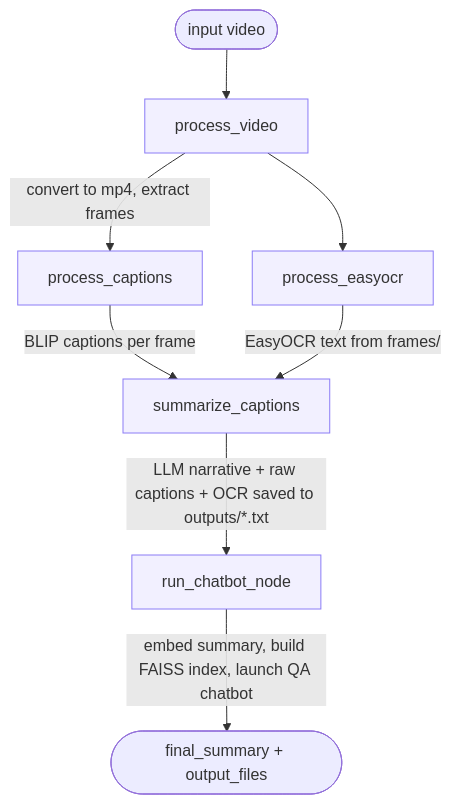
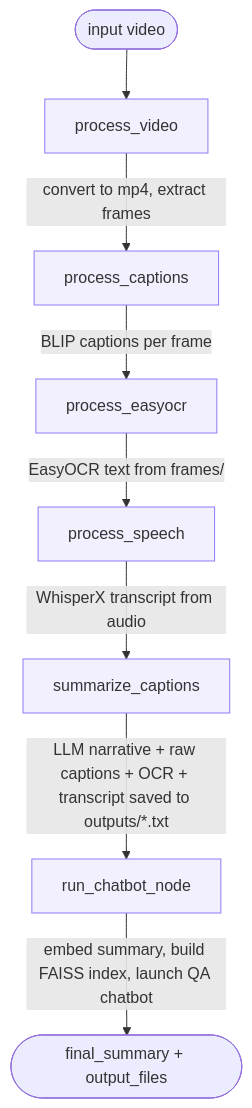
One commit to Snehagupta13/Video_summarizer changed the diagram in README.md. Above: the diagram before and after it, drawn with Mermaid. The commit also changed other lines of this file and 1 other file, not shown here.

````diff
--- a/README.md
+++ b/README.md
@@ -32,13 +33,13 @@
 ```mermaid
 flowchart TD
     Start([input video]) --> A[process_video]
     A -->|convert to mp4, extract frames| B[process_captions]
-    A --> C[process_easyocr]
-    B -->|BLIP captions per frame| D[summarize_captions]
-    C -->|EasyOCR text from frames/| D
-    D -->|LLM narrative + raw captions + OCR saved to outputs/*.txt| E[run_chatbot_node]
-    E -->|embed summary, build FAISS index, launch QA chatbot| End([final_summary + output_files])
+    B -->|BLIP captions per frame| C[process_easyocr]
+    C -->|EasyOCR text from frames/| D[process_speech]
+    D -->|WhisperX transcript from audio| E[summarize_captions]
+    E -->|LLM narrative + raw captions + OCR + transcript saved to outputs/*.txt| F[run_chatbot_node]
+    F -->|embed summary, build FAISS index, launch QA chatbot| End([final_summary + output_files])
 
     classDef stage fill:#f2f0ff,stroke:#8b7cf6,color:#333;
-    class A,B,C,D,E stage;
+    class A,B,C,D,E,F stage;
 ```
````
